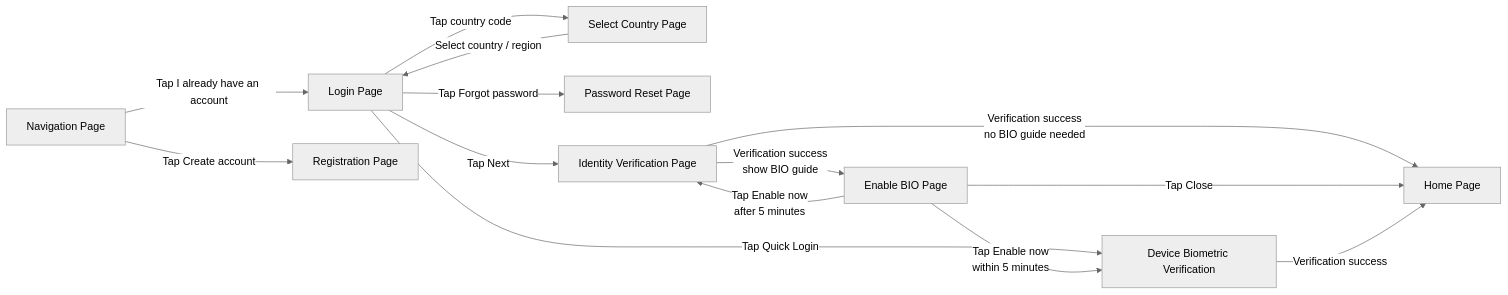
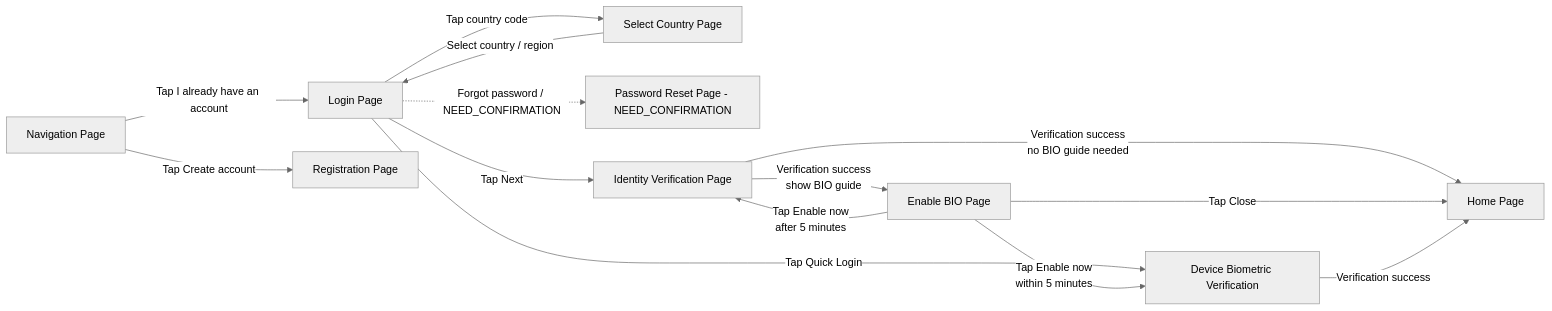
Before and after one commit to kelvin381539960-cyber/prd-for-ai: the first of 2 diagrams in knowledge-base/account/login.md, drawn with Mermaid (neutral theme). The commit also changed other lines of this file and 4 other files, not shown here.

````diff
--- a/knowledge-base/account/login.md
+++ b/knowledge-base/account/login.md
@@ -52,31 +55,31 @@
 ```mermaid
 flowchart LR
   Navigation[Navigation Page]
   Login[Login Page]
   Country[Select Country Page]
-  PasswordReset[Password Reset Page]
+  PasswordReset[Password Reset Page - NEED_CONFIRMATION]
   Identity[Identity Verification Page]
   DeviceBio[Device Biometric Verification]
   EnableBio[Enable BIO Page]
   Registration[Registration Page]
   Home[Home Page]
 
   Navigation -->|Tap I already have an account| Login
   Navigation -->|Tap Create account| Registration
 
   Login -->|Tap country code| Country
   Country -->|Select country / region| Login
 
-  Login -->|Tap Forgot password| PasswordReset
+  Login -.->|Forgot password / NEED_CONFIRMATION| PasswordReset
   Login -->|Tap Next| Identity
   Login -->|Tap Quick Login| DeviceBio
 
   Identity -->|Verification success<br/>no BIO guide needed| Home
   Identity -->|Verification success<br/>show BIO guide| EnableBio
 
   EnableBio -->|Tap Close| Home
   EnableBio -->|Tap Enable now<br/>within 5 minutes| DeviceBio
   EnableBio -->|Tap Enable now<br/>after 5 minutes| Identity
 
   DeviceBio -->|Verification success| Home
 ```
````
